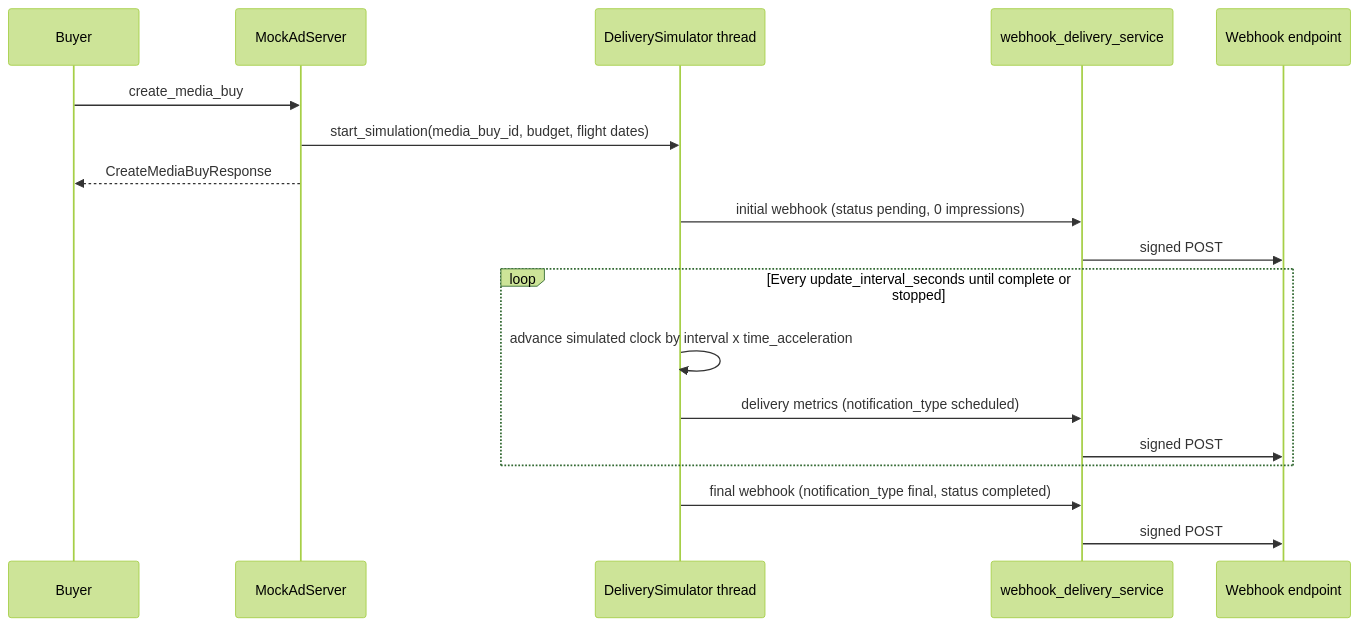
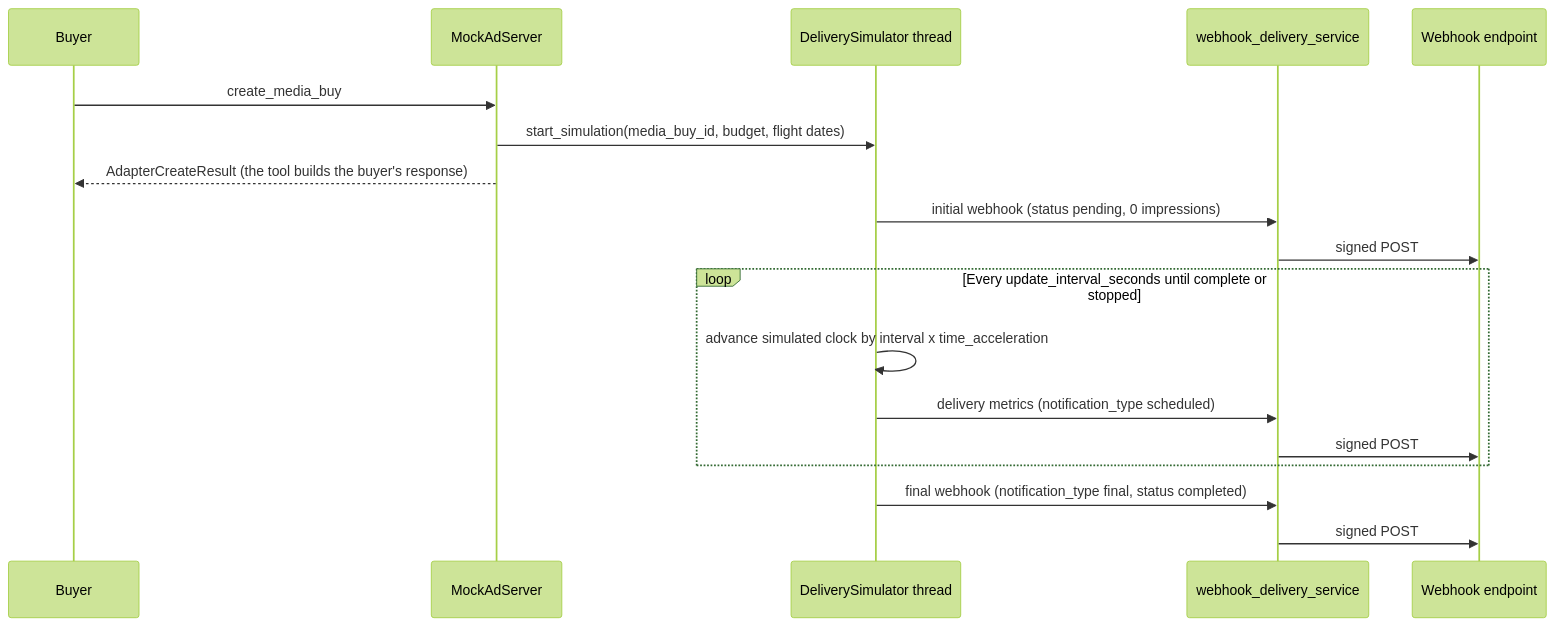
The diagram in docs/adapters/mock/delivery-simulation.md (KonstantinMirin/prebid-salesagent), drawn with Mermaid (forest theme) before and after one commit. The commit also changed other lines of this file and 43 other files, not shown here.

First line of the commit message:
docs: rewrite the design documentation for the boundary architecture

````diff
--- a/docs/adapters/mock/delivery-simulation.md
+++ b/docs/adapters/mock/delivery-simulation.md
@@ -36,21 +36,21 @@
 ```mermaid
 sequenceDiagram
     participant Buyer
     participant Adapter as MockAdServer
     participant Sim as DeliverySimulator thread
     participant WDS as webhook_delivery_service
     participant EP as Webhook endpoint
 
     Buyer->>Adapter: create_media_buy
     Adapter->>Sim: start_simulation(media_buy_id, budget, flight dates)
-    Adapter-->>Buyer: CreateMediaBuyResponse
+    Adapter-->>Buyer: AdapterCreateResult (the tool builds the buyer's response)
     Sim->>WDS: initial webhook (status pending, 0 impressions)
     WDS->>EP: signed POST
     loop Every update_interval_seconds until complete or stopped
         Sim->>Sim: advance simulated clock by interval x time_acceleration
         Sim->>WDS: delivery metrics (notification_type scheduled)
         WDS->>EP: signed POST
     end
     Sim->>WDS: final webhook (notification_type final, status completed)
     WDS->>EP: signed POST
 ```
````
